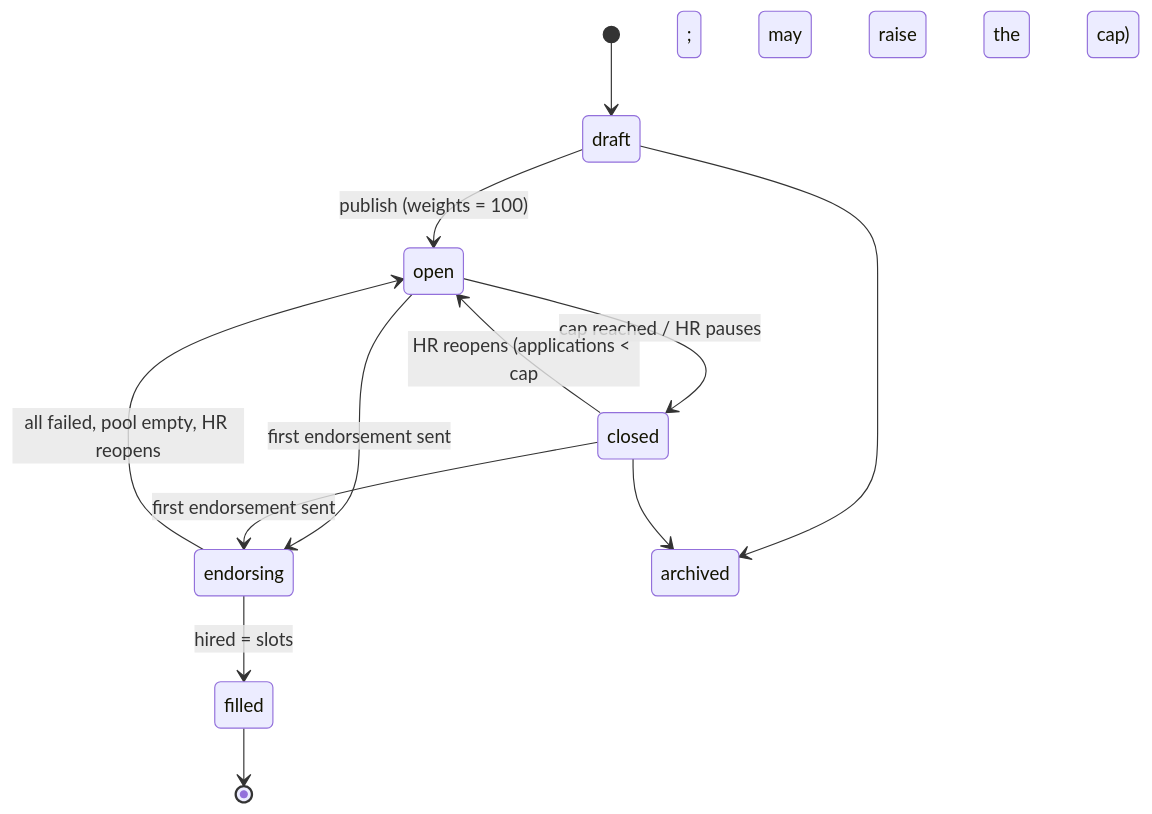
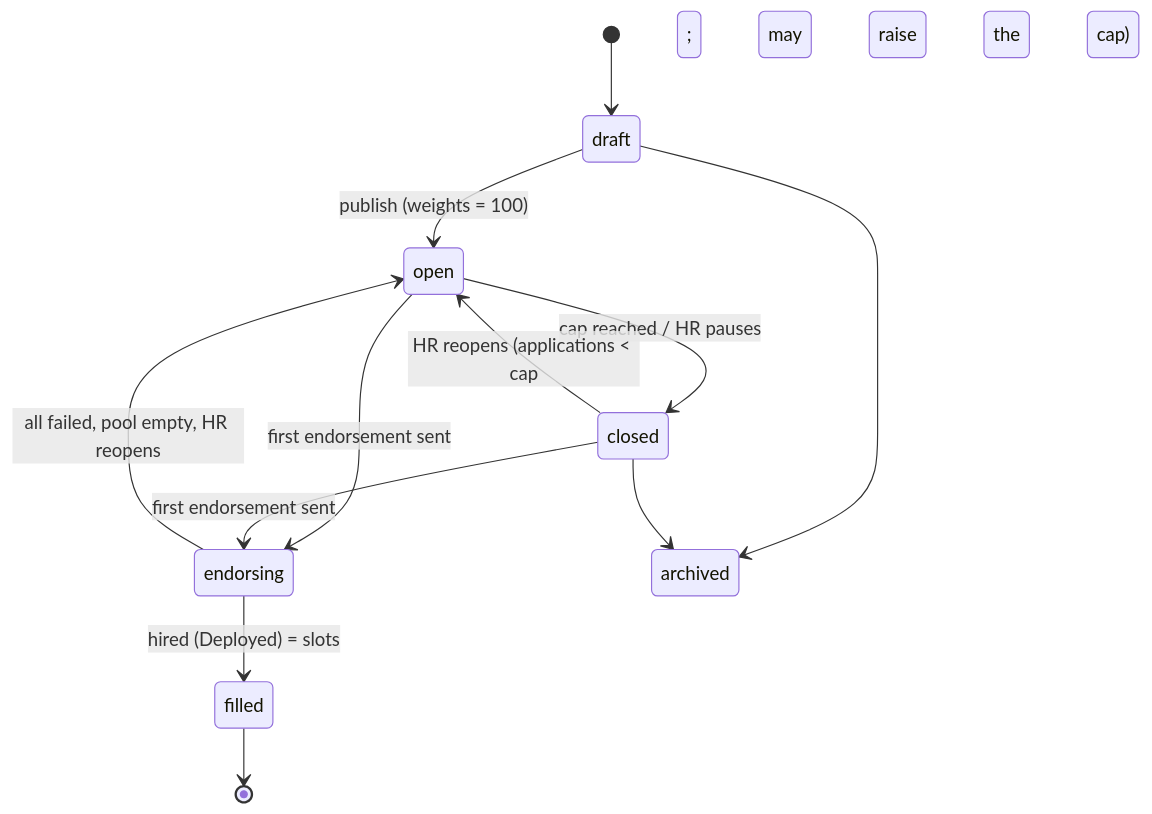
One commit to Aenyxxx/VERA changed the ninth of 9 diagrams in docs/APP_FLOW.md. Above: the diagram before and after it, drawn with Mermaid. The commit also changed other lines of this file and 49 other files, not shown here.

````diff
--- a/docs/APP_FLOW.md
+++ b/docs/APP_FLOW.md
@@ -385,14 +400,14 @@
 ```mermaid
 stateDiagram-v2
   [*] --> draft
   draft --> open: publish (weights = 100)
   open --> closed: cap reached / HR pauses
   closed --> open: HR reopens (applications < cap; may raise the cap)
   open --> endorsing: first endorsement sent
   closed --> endorsing: first endorsement sent
-  endorsing --> filled: hired = slots
+  endorsing --> filled: hired (Deployed) = slots
   endorsing --> open: all failed, pool empty, HR reopens
   filled --> [*]
   draft --> archived
   closed --> archived
 ```
````
